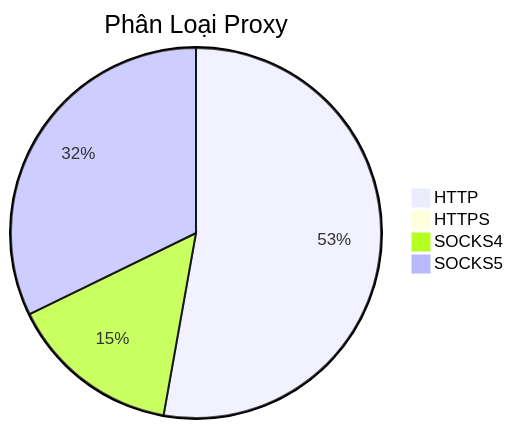
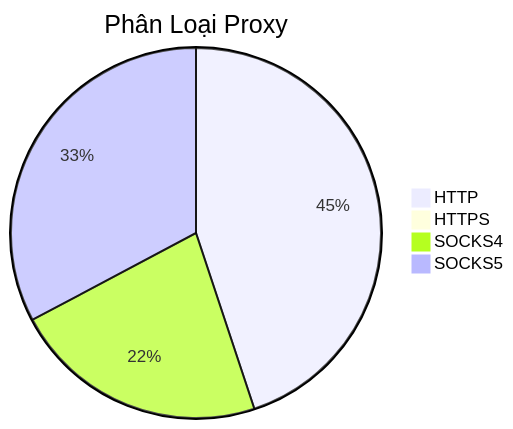
One commit to Ciara-12/PROXY-free changed the diagram in README.md. Above: the diagram before and after it, drawn with Mermaid. The commit also changed other lines of this file and 3 other files, not shown here.

````diff
--- a/README.md
+++ b/README.md
@@ -26,7 +26,7 @@
 ```mermaid
 pie title Phân Loại Proxy
-    "HTTP" : 1121
+    "HTTP" : 581
     "HTTPS" : 1
-    "SOCKS4" : 318
-    "SOCKS5" : 684
+    "SOCKS4" : 289
+    "SOCKS5" : 424
 ```
````
